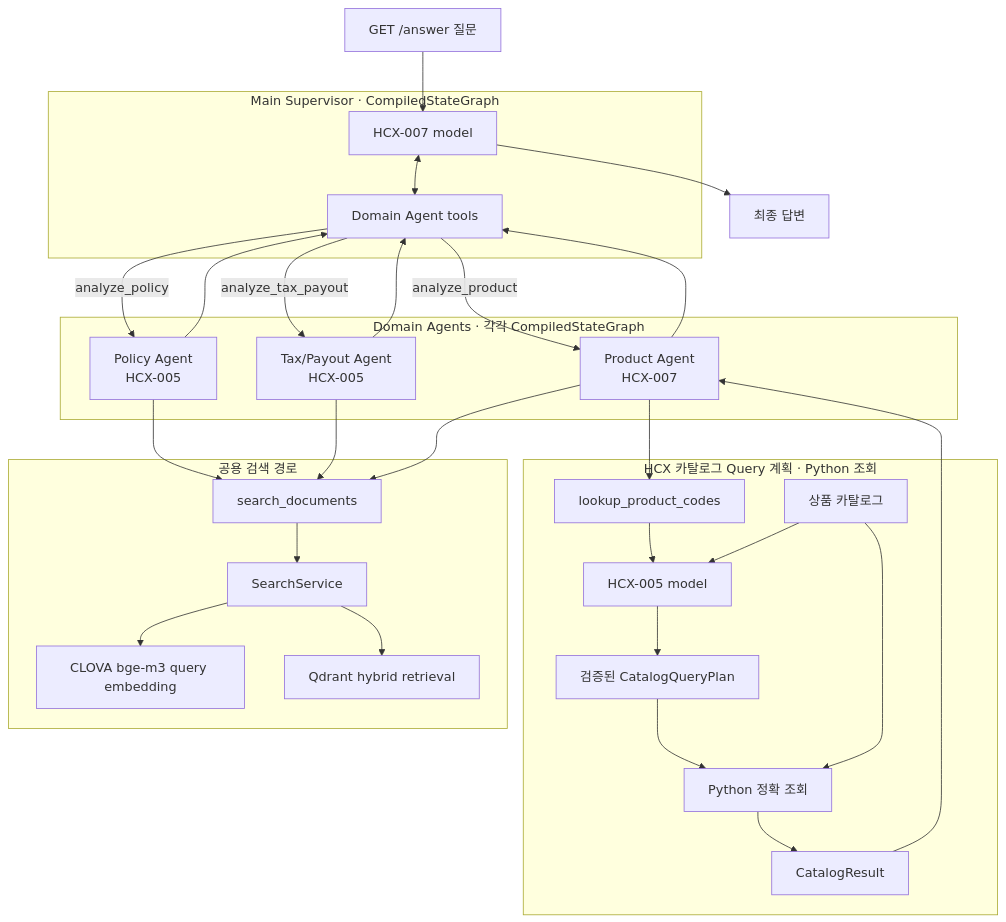
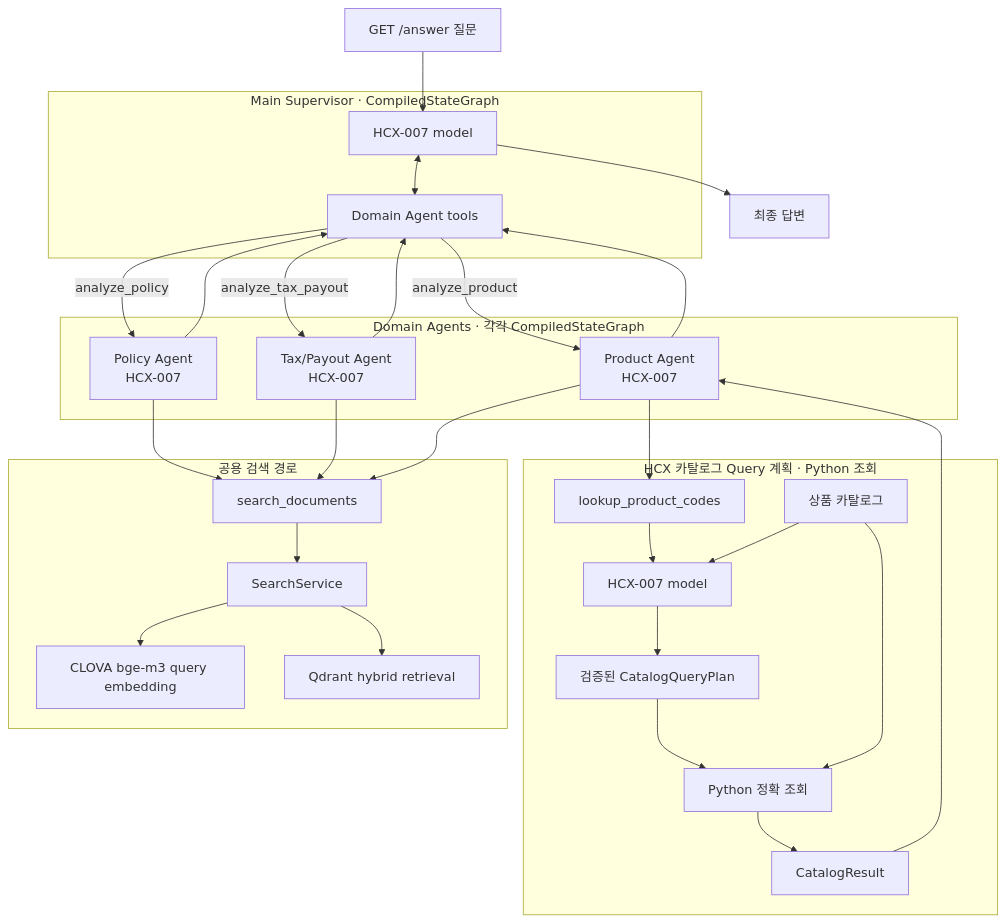
The first of 5 diagrams in docs/architecture/agent-graphs.md (nayeon653/-ace3), drawn with Mermaid before and after one commit. The commit also changed 23 other files, not shown here.

First line of the commit message:
refactor(agent): 모든 생성 LLM을 HCX-007 비추론 모드로 통일 (#151)

````diff
--- a/docs/architecture/agent-graphs.md
+++ b/docs/architecture/agent-graphs.md
@@ -14,44 +14,44 @@
 ```mermaid
 flowchart TB
     question["GET /answer 질문"] --> supervisor
 
     subgraph main["Main Supervisor · CompiledStateGraph"]
         supervisor["HCX-007 model"] <--> domain_tools["Domain Agent tools"]
     end
 
     domain_tools -->|analyze_policy| domain_policy
     domain_tools -->|analyze_tax_payout| domain_tax_payout
     domain_tools -->|analyze_product| domain_product
 
     subgraph domains["Domain Agents · 각각 CompiledStateGraph"]
-        domain_policy["Policy Agent<br/>HCX-005"]
-        domain_tax_payout["Tax/Payout Agent<br/>HCX-005"]
+        domain_policy["Policy Agent<br/>HCX-007"]
+        domain_tax_payout["Tax/Payout Agent<br/>HCX-007"]
         domain_product["Product Agent<br/>HCX-007"]
     end
 
     domain_policy --> domain_tools
     domain_policy --> search_tools
     domain_tax_payout --> domain_tools
     domain_tax_payout --> search_tools
     domain_product --> domain_tools
     domain_product --> search_tools
 
     subgraph catalog["HCX 카탈로그 Query 계획 · Python 조회"]
-        catalog_lookup["lookup_product_codes"] --> catalog_hcx["HCX-005 model"]
+        catalog_lookup["lookup_product_codes"] --> catalog_hcx["HCX-007 model"]
         product_catalog["상품 카탈로그"] --> catalog_hcx
         catalog_hcx --> catalog_query["검증된 CatalogQueryPlan"]
         catalog_query --> catalog_execute["Python 정확 조회"]
         product_catalog --> catalog_execute
         catalog_execute --> catalog_result["CatalogResult"]
     end
     domain_product --> catalog_lookup
     catalog_result --> domain_product
 
     subgraph search["공용 검색 경로"]
         search_tools["search_documents"] --> search_service["SearchService"]
         search_service --> embedding["CLOVA bge-m3 query embedding"]
         search_service --> qdrant["Qdrant hybrid retrieval"]
     end
 
     supervisor --> answer["최종 답변"]
 ```
````
